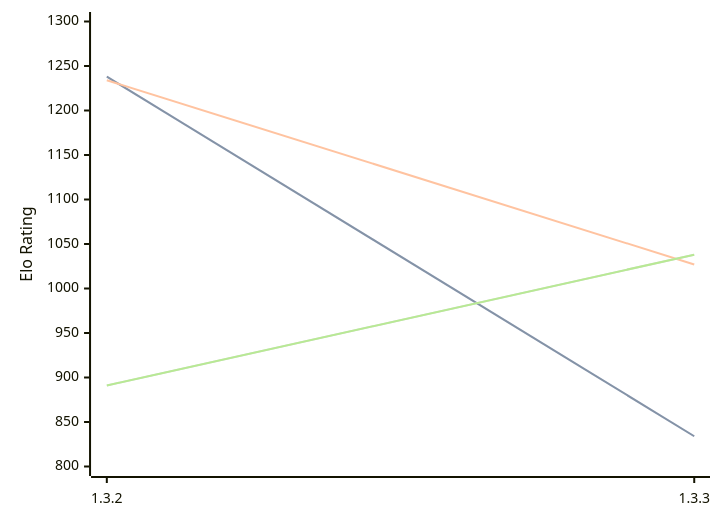
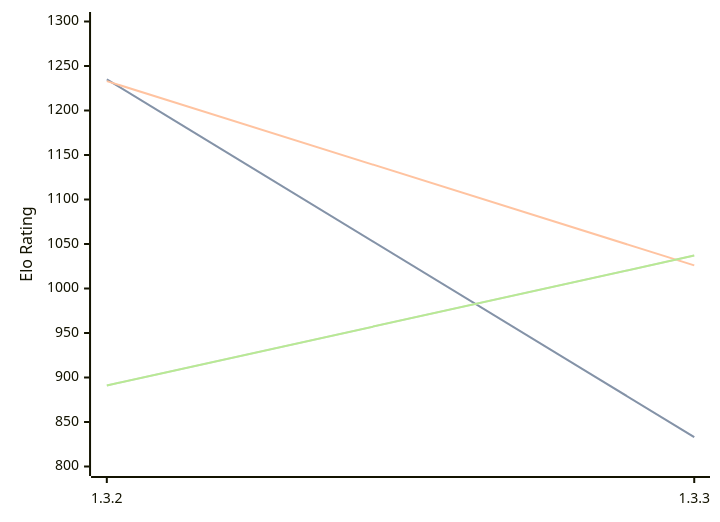
One commit to computer-chess-index/cci changed the diagram in engines/Whitespine.md. Above: the diagram before and after it, drawn with Mermaid. The commit also changed other lines of this file, not shown here.

Commit message:
Update CCI Ratings (ELO VLTC) - 2026-04-06

````diff
--- a/engines/Whitespine.md
+++ b/engines/Whitespine.md
@@ -35,11 +35,11 @@
 ```mermaid
 %%{init: {"theme":"base","themeVariables":{"seriesColors:['#a3a3a3','#222221','#faa371']}}}%%
 xychart-beta
   x-axis ["1.3.2", "1.3.3"]
   y-axis "Elo Rating" 800 --> 1300
-  line "STC (8.0+0.08s)" [1238, 834]
-  line "STC (8.0+0.08s)" [1238, 834]
-  line "LTC (60.0+0.60s)" [1234, 1027]
-  line "VLTC (2m24s+1.12s)" [891, 1038]
-  line "VLTC (2m24s+1.12s)" [891, 1038]
+  line "STC (8.0+0.08s)" [1235, 833]
+  line "STC (8.0+0.08s)" [1235, 833]
+  line "LTC (60.0+0.60s)" [1233, 1026]
+  line "VLTC (2m24s+1.12s)" [891, 1037]
+  line "VLTC (2m24s+1.12s)" [891, 1037]
 ```
````
